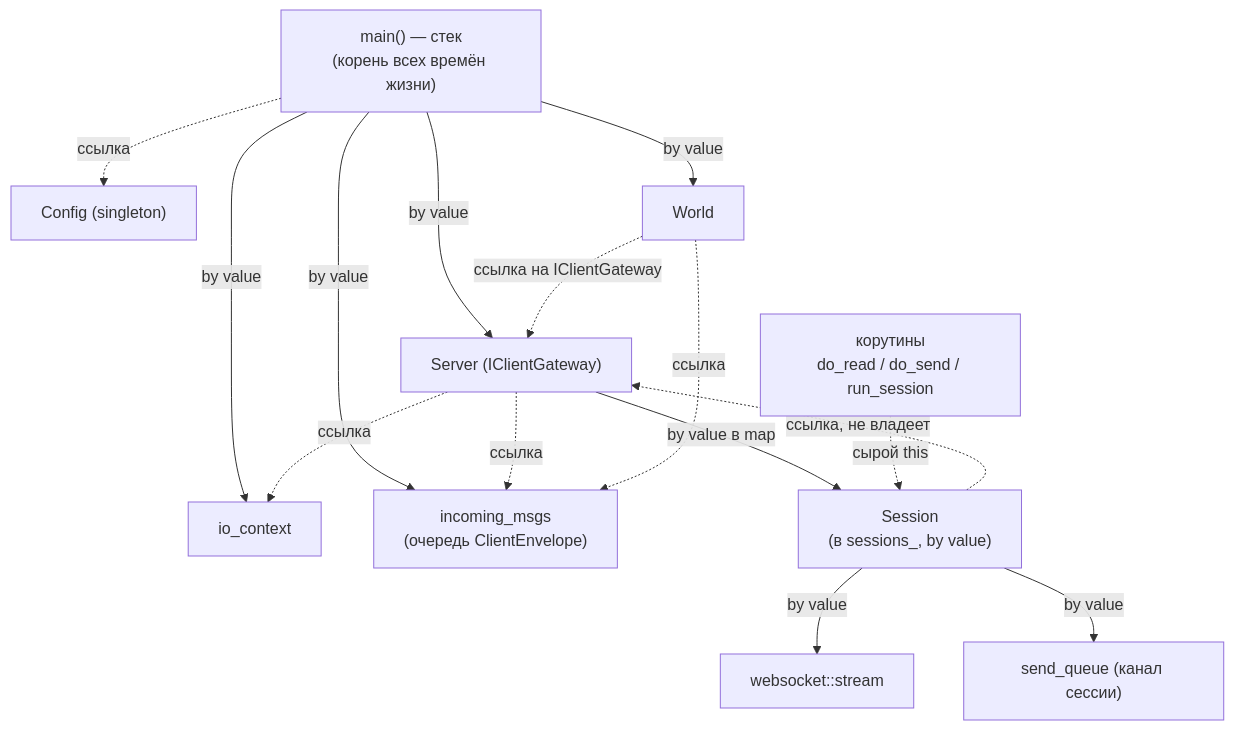
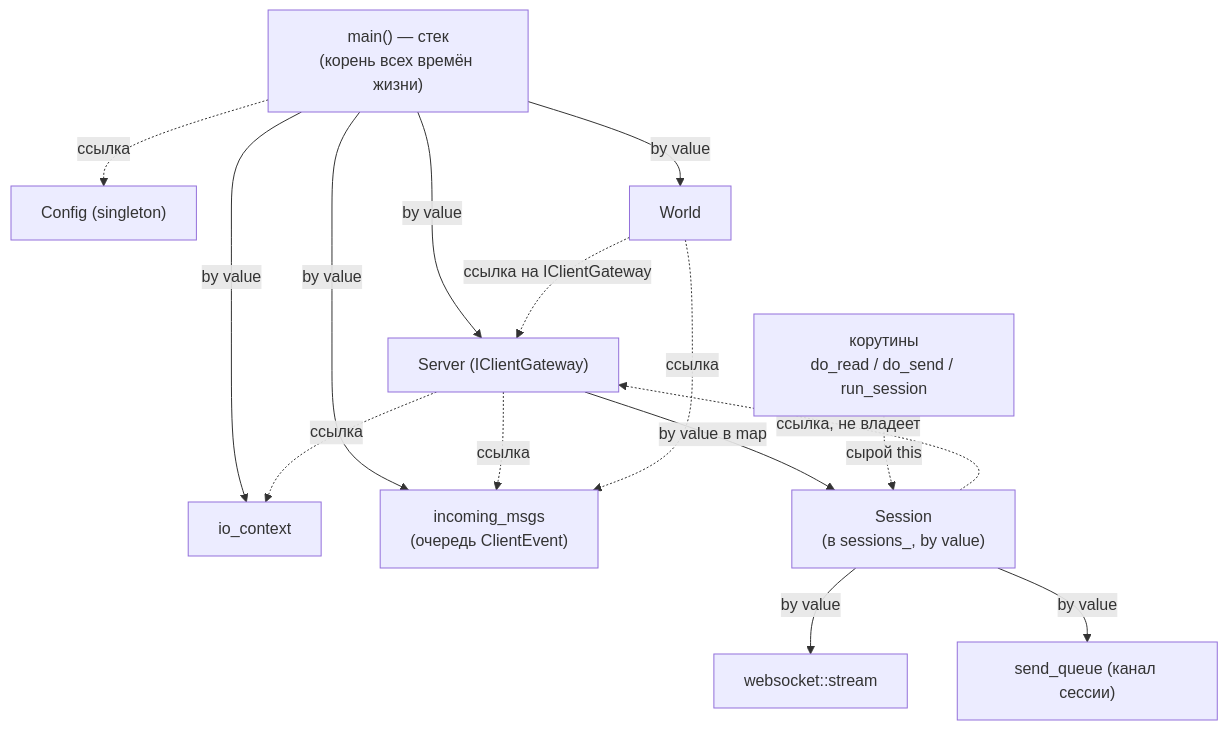
One commit to litcxx/Game changed the diagram in server/docs/ownership-map.md. Above: the diagram before and after it, drawn with Mermaid. The commit also changed other lines of this file and 14 other files, not shown here.

````diff
--- a/server/docs/ownership-map.md
+++ b/server/docs/ownership-map.md
@@ -16,31 +16,31 @@
 ```mermaid
 flowchart TD
     main["main() — стек<br/>(корень всех времён жизни)"]
     cfg["Config (singleton)"]
     io["io_context"]
-    q["incoming_msgs<br/>(очередь ClientEnvelope)"]
+    q["incoming_msgs<br/>(очередь ClientEvent)"]
     srv["Server (IClientGateway)"]
     world["World"]
     sess["Session<br/>(в sessions_, by value)"]
     sock["websocket::stream"]
     ch["send_queue (канал сессии)"]
     coro["корутины<br/>do_read / do_send / run_session"]
 
     main -->|by value| io
     main -->|by value| q
     main -->|by value| srv
     main -->|by value| world
     main -.->|ссылка| cfg
 
     srv -->|by value в map| sess
     sess -->|by value| sock
     sess -->|by value| ch
     srv -.->|ссылка| q
     srv -.->|ссылка| io
 
     world -.->|ссылка| q
     world -.->|ссылка на IClientGateway| srv
 
     sess -.->|ссылка, не владеет| srv
     coro -.->|сырой this| sess
 ```
````
